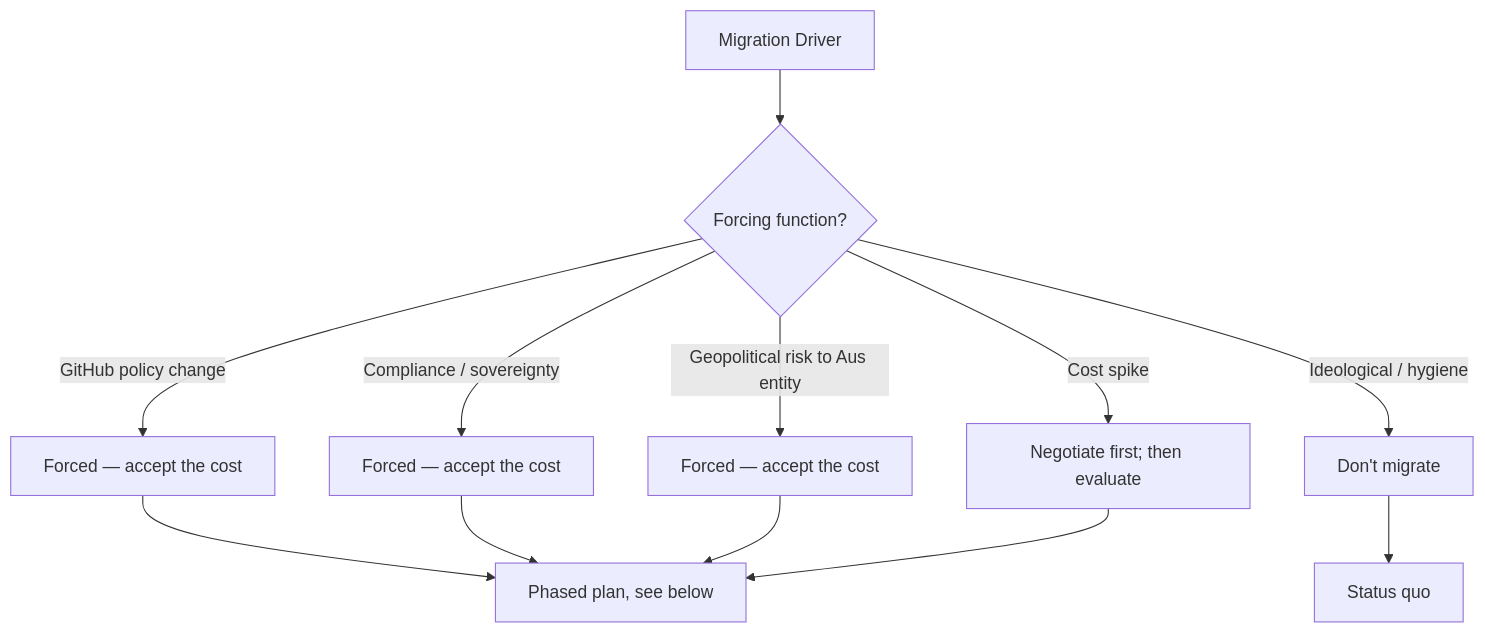
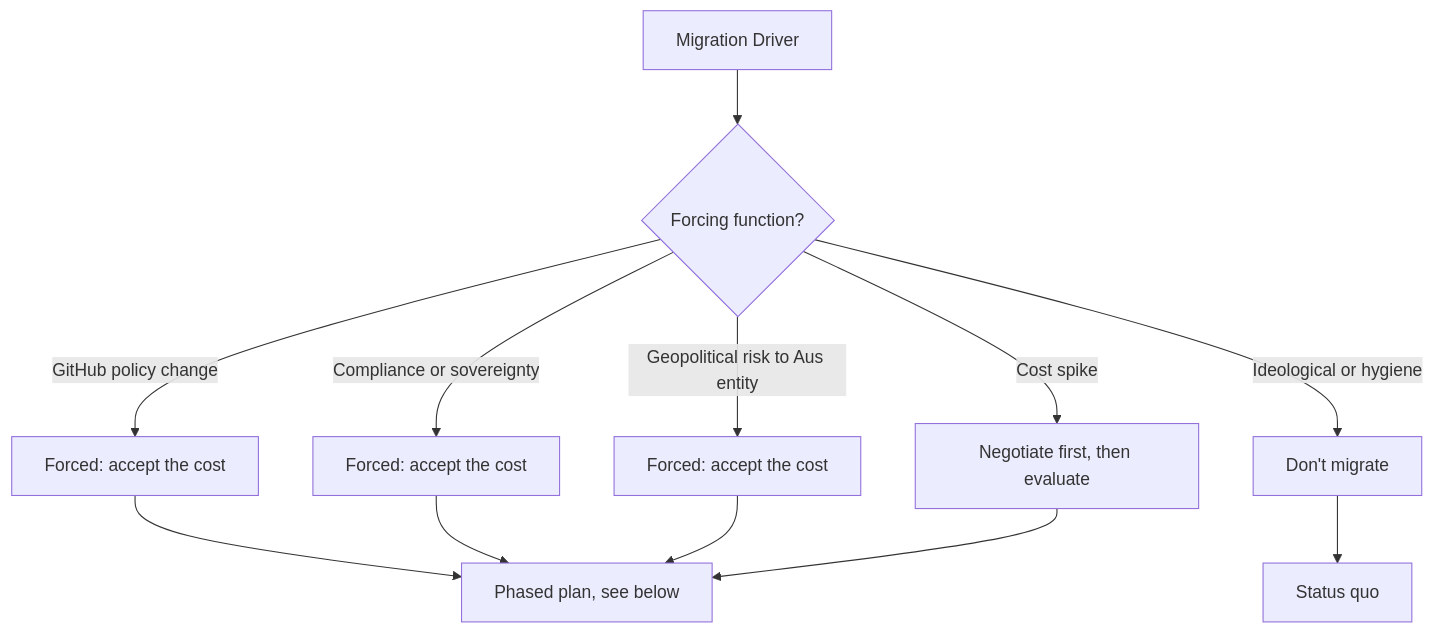
One commit to hyperi-io/hyperi-ci changed the second of 3 diagrams in docs/migration/codeberg.md. Above: the diagram before and after it, drawn with Mermaid. The commit also changed other lines of this file, not shown here.

Commit message:
docs: trim codeberg.md and correct the GitHub App and gh usage

````diff
--- a/docs/migration/codeberg.md
+++ b/docs/migration/codeberg.md
@@ -162,15 +124,15 @@
 ```mermaid
 graph TD
     Driver[Migration Driver] --> P{Forcing function?}
-    P -->|GitHub policy change| Force1[Forced — accept the cost]
-    P -->|Compliance / sovereignty| Force2[Forced — accept the cost]
-    P -->|Cost spike| Cost[Negotiate first; then evaluate]
-    P -->|Geopolitical risk to Aus entity| Force3[Forced — accept the cost]
-    P -->|Ideological / hygiene| Stay[Don't migrate]
+    P -->|GitHub policy change| Force1["Forced: accept the cost"]
+    P -->|Compliance or sovereignty| Force2["Forced: accept the cost"]
+    P -->|Cost spike| Cost["Negotiate first, then evaluate"]
+    P -->|Geopolitical risk to Aus entity| Force3["Forced: accept the cost"]
+    P -->|Ideological or hygiene| Stay["Don't migrate"]
 
     Force1 --> Phased[Phased plan, see below]
     Force2 --> Phased
     Force3 --> Phased
     Cost --> Phased
     Stay --> Status[Status quo]
 ```
````
